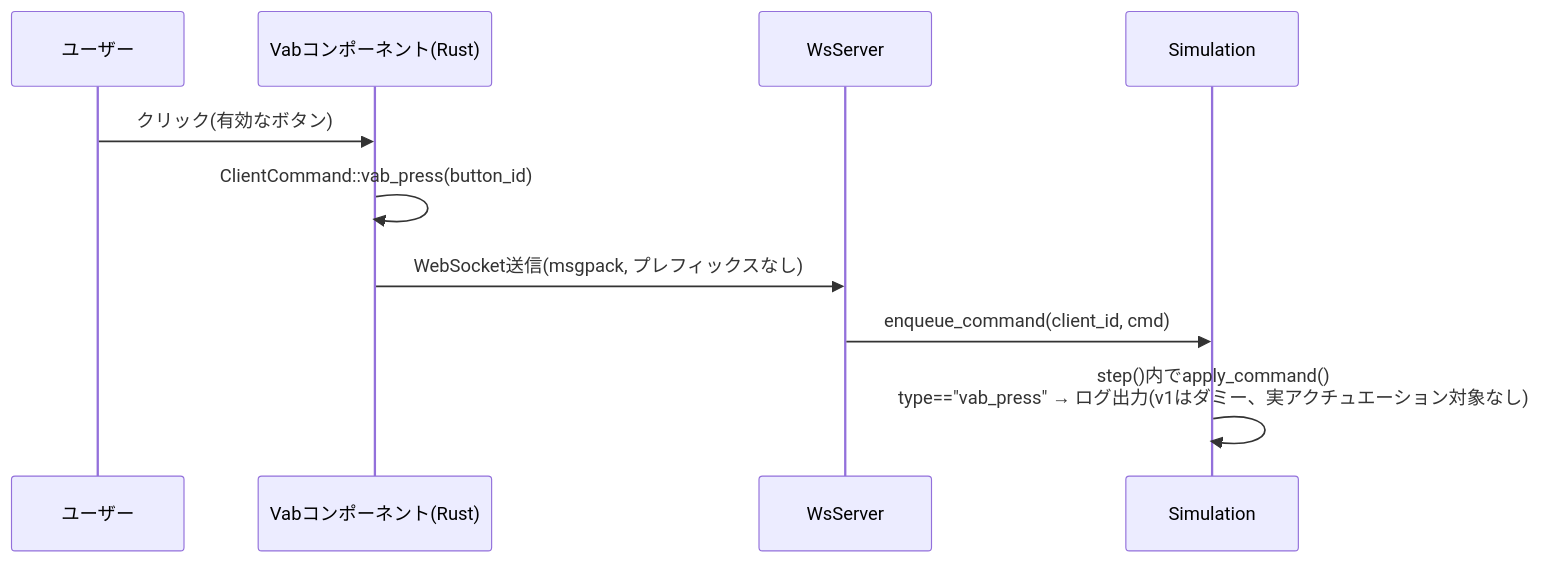
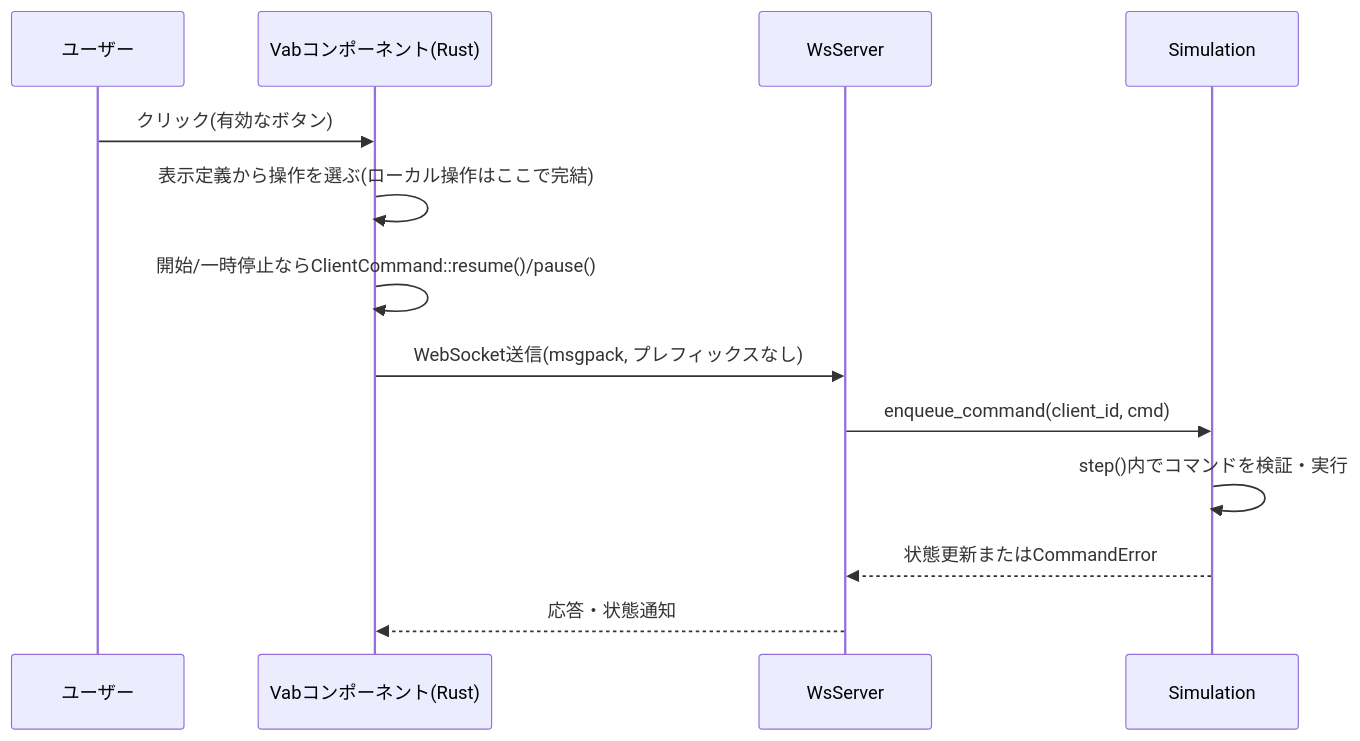
The seventh of 18 diagrams in docs/DETAILED_DESIGN.md (ham1a6/SimulationView), drawn with Mermaid before and after one commit. The commit also changed other lines of this file and 10 other files, not shown here.

````diff
--- a/docs/DETAILED_DESIGN.md
+++ b/docs/DETAILED_DESIGN.md
@@ -570,13 +547,16 @@
 ```mermaid
 sequenceDiagram
     participant U as ユーザー
     participant V as Vabコンポーネント(Rust)
     participant WS as WsServer
     participant Sim as Simulation
 
     U->>V: クリック(有効なボタン)
-    V->>V: ClientCommand::vab_press(button_id)
+    V->>V: 表示定義から操作を選ぶ(ローカル操作はここで完結)
+    V->>V: 開始/一時停止ならClientCommand::resume()/pause()
     V->>WS: WebSocket送信(msgpack, プレフィックスなし)
     WS->>Sim: enqueue_command(client_id, cmd)
-    Sim->>Sim: step()内でapply_command()<br/>type=="vab_press" → ログ出力(v1はダミー、実アクチュエーション対象なし)
+    Sim->>Sim: step()内でコマンドを検証・実行
+    Sim-->>WS: 状態更新またはCommandError
+    WS-->>V: 応答・状態通知
 ```
````
